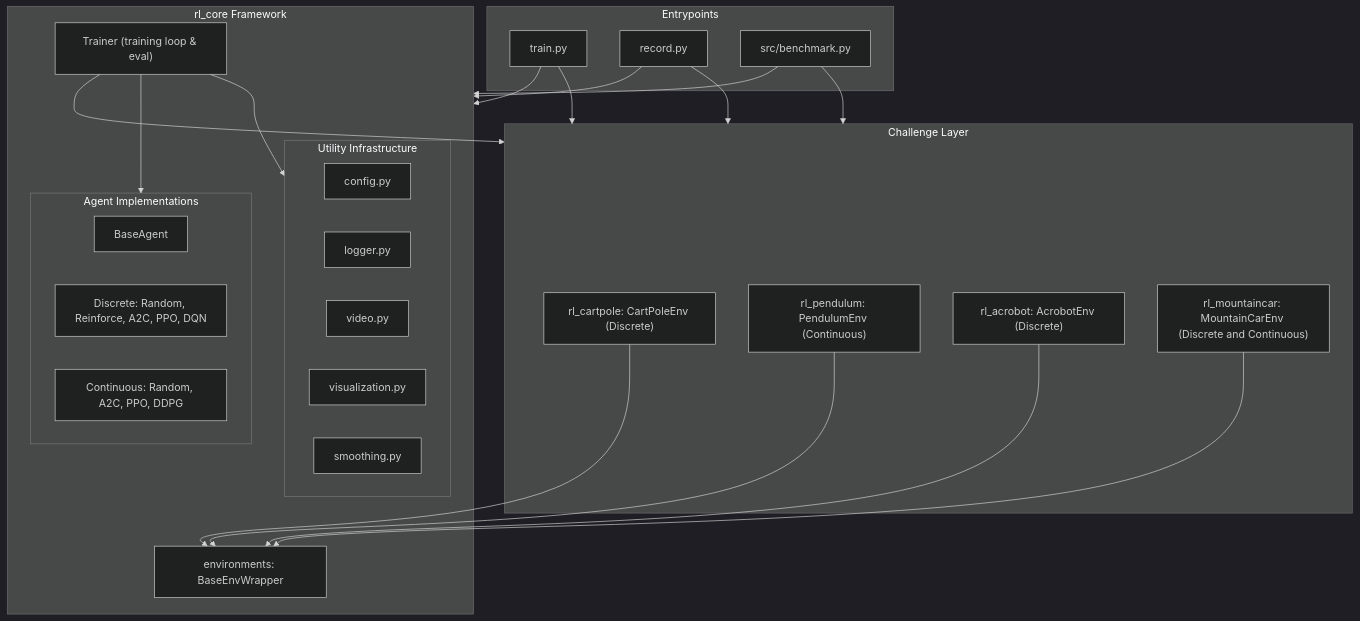
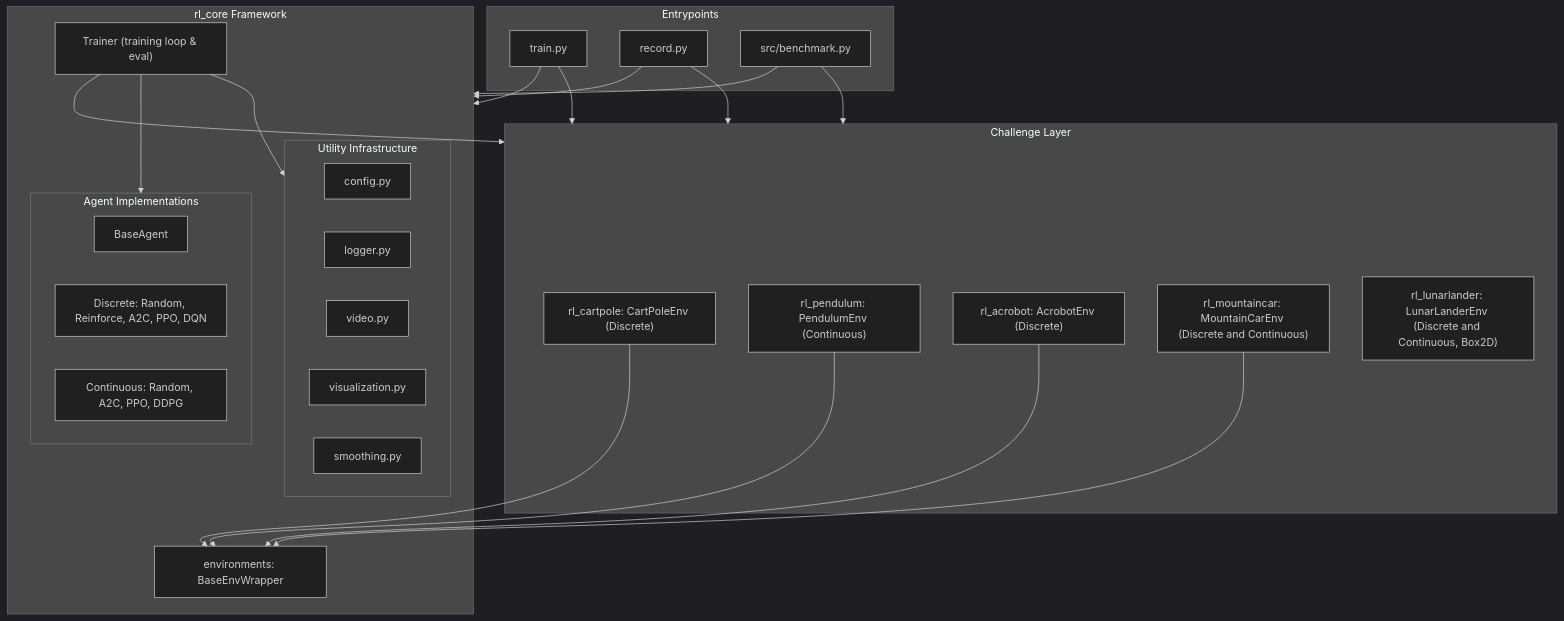
The first of 3 diagrams in ARCHITECTURE.md (andreijw/AI), drawn with Mermaid (dark theme) before and after one commit. The commit also changed other lines of this file and 26 other files, not shown here.

Commit message:
feat(lunarlander): LunarLander-v3 challenges (discrete and continuous) with an optional box2d extra

````diff
--- a/ARCHITECTURE.md
+++ b/ARCHITECTURE.md
@@ -95,49 +97,50 @@
 ```mermaid
 flowchart TD
     subgraph CLI ["Entrypoints"]
         Train["train.py"]
         Record["record.py"]
         Bench["src/benchmark.py"]
     end
 
     subgraph Challenges ["Challenge Layer"]
         CartPole["rl_cartpole: CartPoleEnv (Discrete)"]
         Pendulum["rl_pendulum: PendulumEnv (Continuous)"]
         Acrobot["rl_acrobot: AcrobotEnv (Discrete)"]
         MountainCar["rl_mountaincar: MountainCarEnv (Discrete and Continuous)"]
+        LunarLander["rl_lunarlander: LunarLanderEnv (Discrete and Continuous, Box2D)"]
     end
 
     subgraph Core ["rl_core Framework"]
         Trainer["Trainer (training loop & eval)"]
         
         subgraph Agents ["Agent Implementations"]
             BaseAgent["BaseAgent"]
             DiscreteAgents["Discrete: Random, Reinforce, A2C, PPO, DQN"]
             ContinuousAgents["Continuous: Random, A2C, PPO, DDPG"]
         end
 
         EnvBase["environments: BaseEnvWrapper"]
 
         subgraph Utils ["Utility Infrastructure"]
             Config["config.py"]
             Logger["logger.py"]
             Video["video.py"]
             Viz["visualization.py"]
             Smooth["smoothing.py"]
         end
     end
 
     Train --> Core
     Record --> Core
     Bench --> Core
     Train --> Challenges
     Record --> Challenges
     Bench --> Challenges
     Trainer --> Challenges
     Trainer --> Agents
     Trainer --> Utils
     CartPole --> EnvBase
     Pendulum --> EnvBase
     Acrobot --> EnvBase
     MountainCar --> EnvBase
 ```
````
